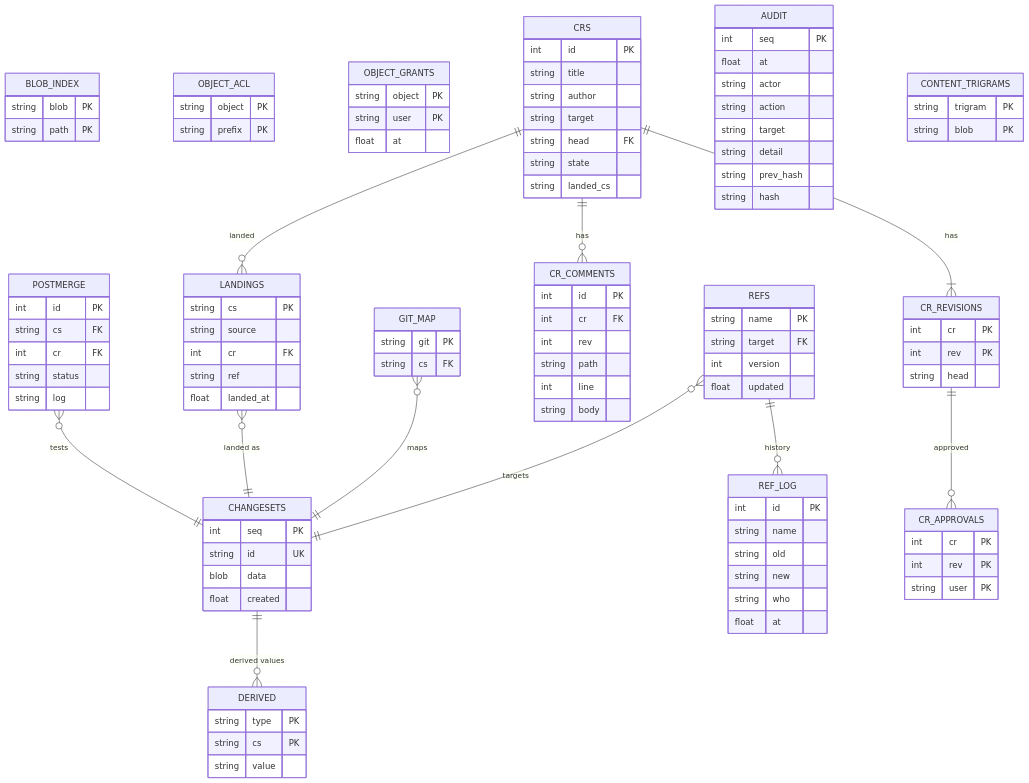
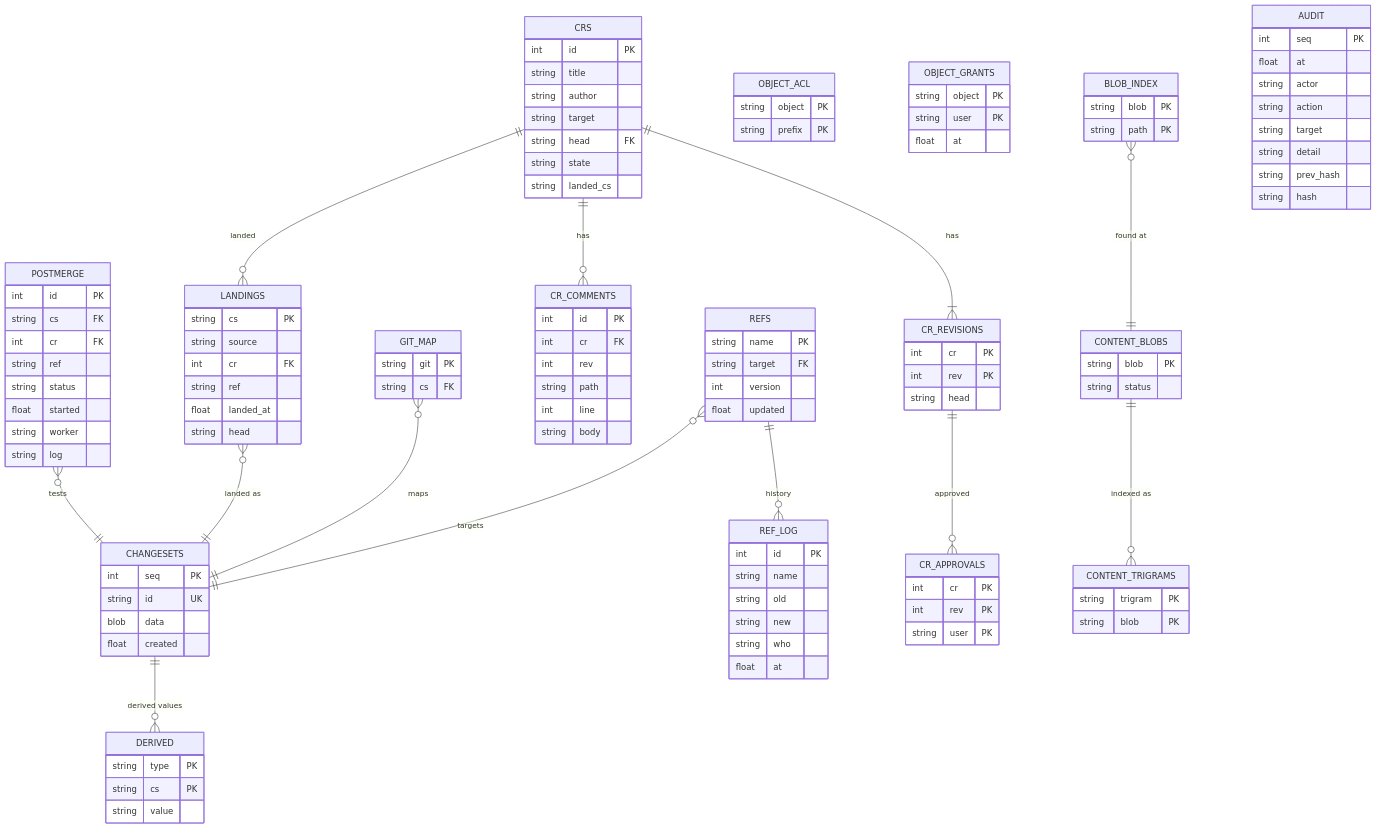
One commit to Space-Trucker/AIresume changed diagram 25 of 25 in scion/docs/design/06-uml.md. Above: the diagram before and after it, drawn with Mermaid. The commit also changed other lines of this file and 43 other files, not shown here.

````diff
--- a/scion/docs/design/06-uml.md
+++ b/scion/docs/design/06-uml.md
@@ -1036,6 +1039,7 @@
     int cr FK
     string ref
     float landed_at
+    string head
   }
   AUDIT {
     int seq PK
@@ -1047,6 +1051,10 @@
     string prev_hash
     string hash
   }
+  CONTENT_BLOBS {
+    string blob PK
+    string status
+  }
   CONTENT_TRIGRAMS {
     string trigram PK
     string blob PK
@@ -1055,7 +1063,10 @@
     int id PK
     string cs FK
     int cr FK
+    string ref
     string status
+    float started
+    string worker
     string log
   }
   REFS }o--|| CHANGESETS : targets
@@ -1068,4 +1079,6 @@
   CRS ||--o{ LANDINGS : landed
   LANDINGS }o--|| CHANGESETS : "landed as"
   POSTMERGE }o--|| CHANGESETS : tests
+  CONTENT_BLOBS ||--o{ CONTENT_TRIGRAMS : "indexed as"
+  BLOB_INDEX }o--|| CONTENT_BLOBS : "found at"
 ```
````
